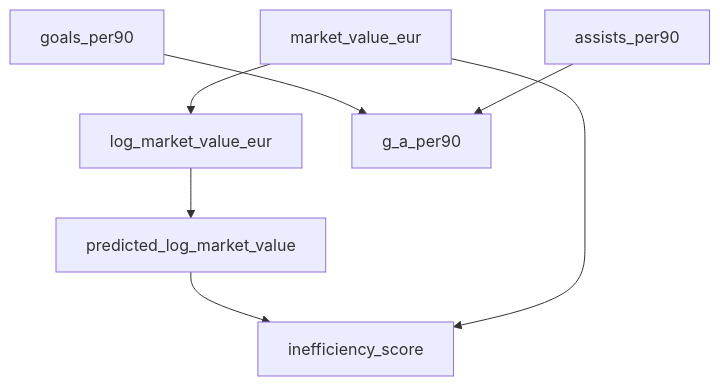
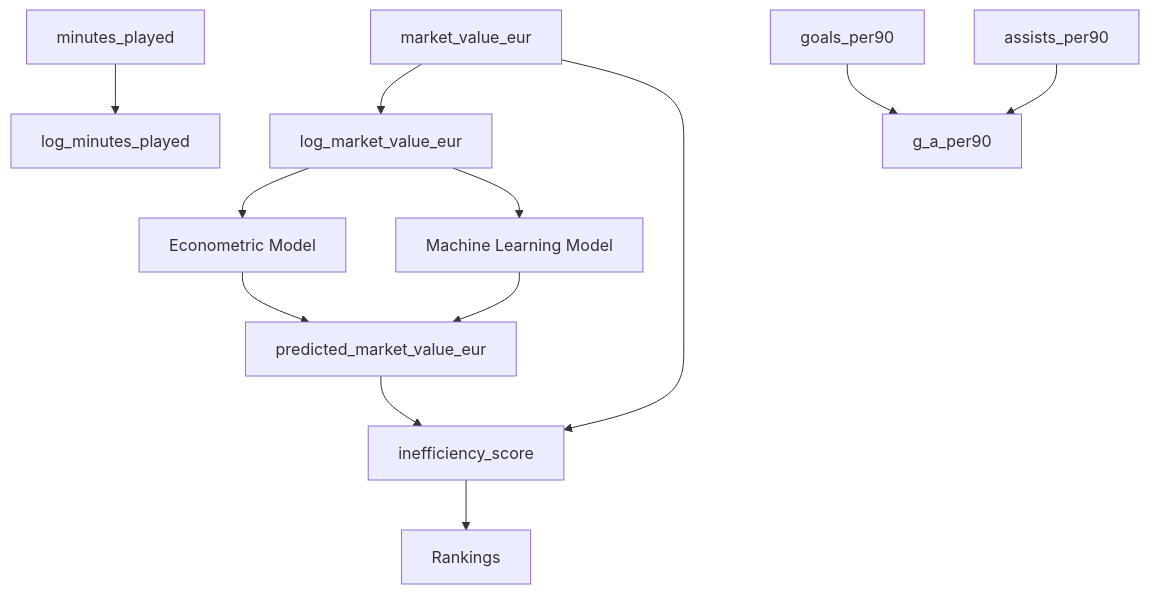
The second of 2 diagrams in docs/data_dictionary.md (manuelpeba/market-value-football-tfm), drawn with Mermaid before and after one commit. The commit also changed other lines of this file and 10 other files, not shown here.

Commit message:
docs: redesign technical documentation for modular analytics architecture

````diff
--- a/docs/data_dictionary.md
+++ b/docs/data_dictionary.md
@@ -483,13 +594,21 @@
 ```mermaid
 flowchart TD
 
-market_value_eur --> log_market_value_eur
+A[market_value_eur] --> B[log_market_value_eur]
 
-goals_per90 --> g_a_per90
-assists_per90 --> g_a_per90
+C[minutes_played] --> D[log_minutes_played]
 
-log_market_value_eur --> predicted_log_market_value
+E[goals_per90] --> G[g_a_per90]
+F[assists_per90] --> G[g_a_per90]
 
-predicted_log_market_value --> inefficiency_score
-market_value_eur --> inefficiency_score
+B --> H[Econometric Model]
+B --> I[Machine Learning Model]
+
+H --> J[predicted_market_value_eur]
+I --> J
+
+J --> K[inefficiency_score]
+A --> K
+
+K --> L[Rankings]
 ```
````
